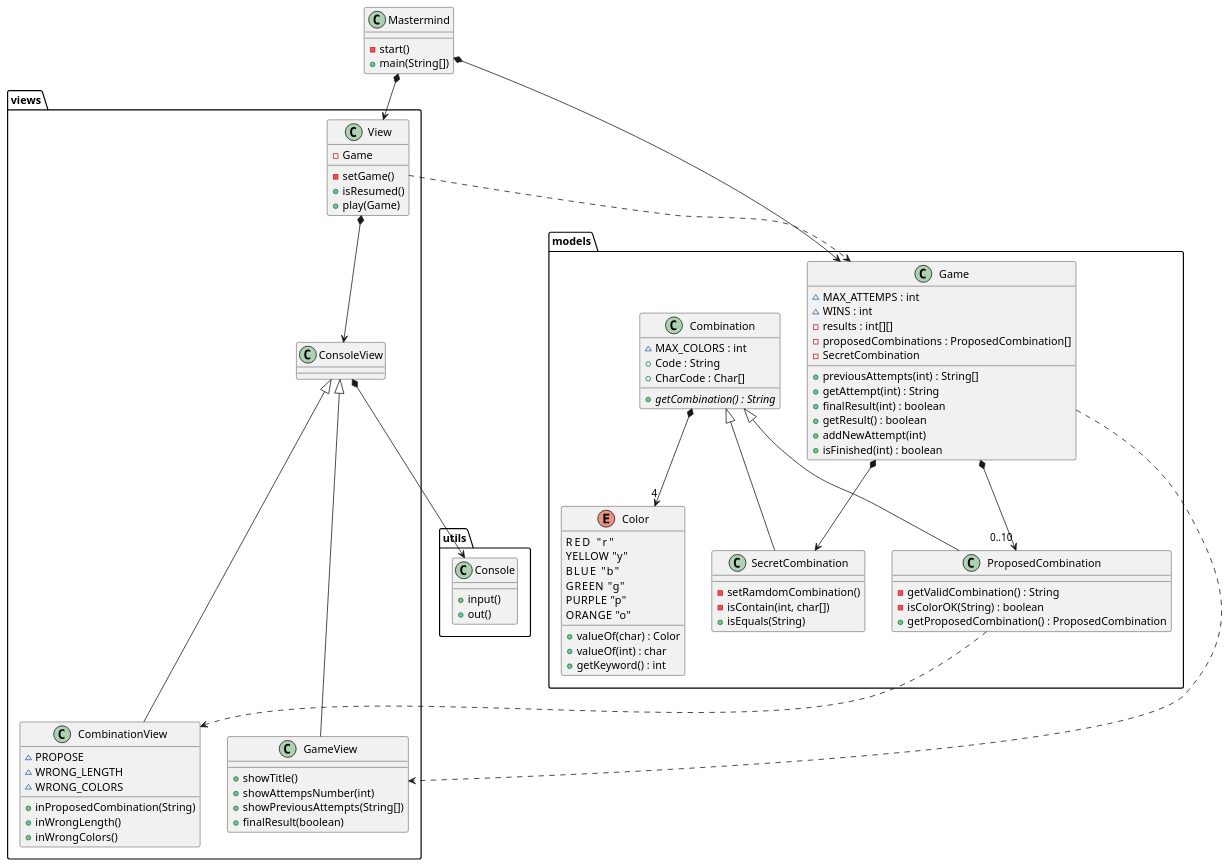
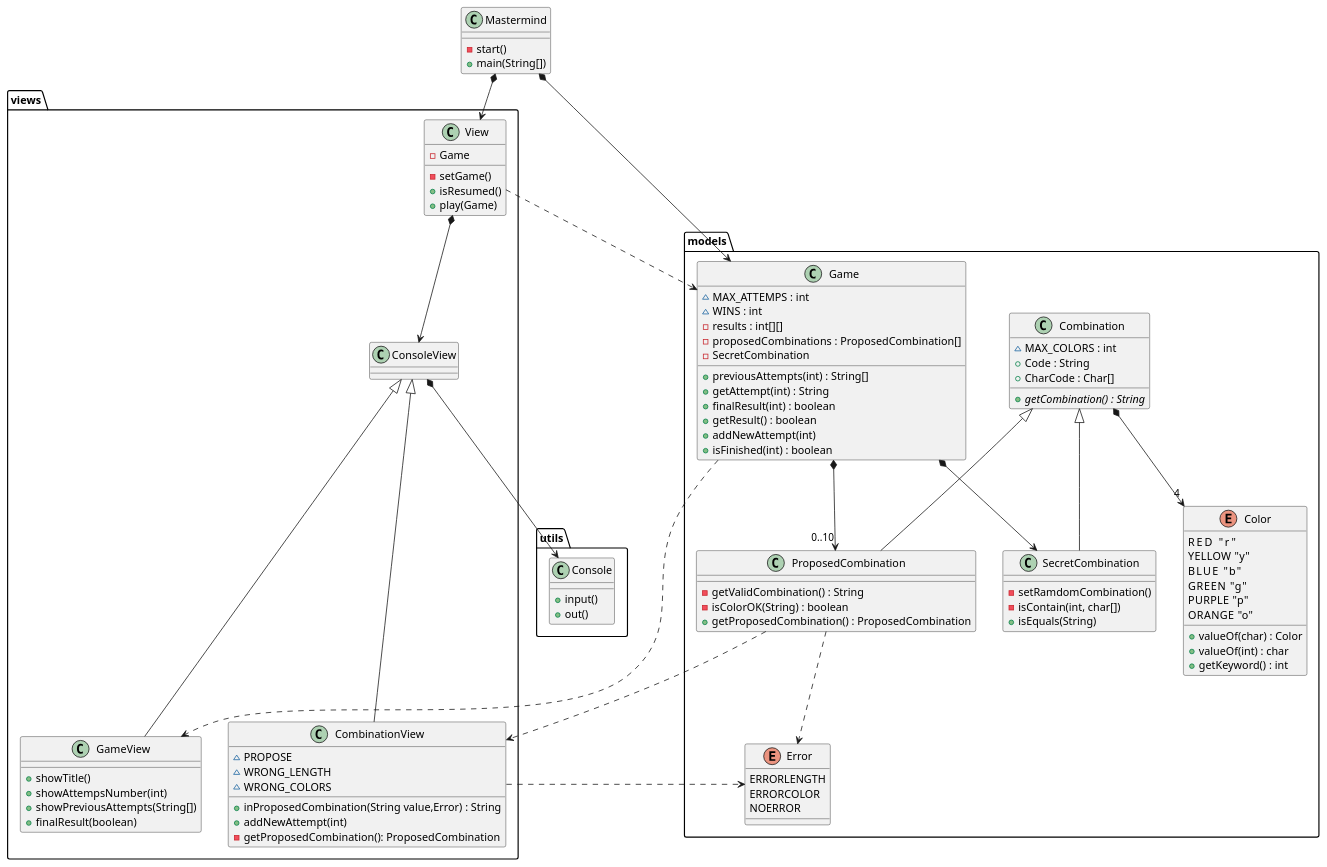
The diagram in Mastermind/Mastermind.wsd (Master-Desarrollo-20-21/diseno-oo-ejercicio2-mastermind-document-view-kiarras), drawn with PlantUML before and after one commit. The commit also changed 2 other files, not shown here.

Commit message:
Revision uml

```diff
--- a/Mastermind/Mastermind.wsd
+++ b/Mastermind/Mastermind.wsd
@@ -1,94 +1,101 @@
 @startuml Mastermind
 class Mastermind{
   - start()
   + main(String[])
 }
 package models {
     class Game{
         ~ MAX_ATTEMPS : int
         ~ WINS : int
         - results : int[][]
         - proposedCombinations : ProposedCombination[]
         - SecretCombination
 
         + previousAttempts(int) : String[]
         + getAttempt(int) : String
         + finalResult(int) : boolean
         + getResult() : boolean
         + addNewAttempt(int)
         + isFinished(int) : boolean
     }
 
     class Combination{
         ~ MAX_COLORS : int
         + Code : String
         + CharCode : Char[]
         {abstract} + getCombination() : String
     }
     enum Color{
         RED     "r"
         YELLOW  "y"
         BLUE    "b"
         GREEN   "g"
         PURPLE  "p"
         ORANGE  "o"
         + valueOf(char) : Color
         + valueOf(int) : char
         + getKeyword() : int
     }
 
     Class SecretCombination{
         - setRamdomCombination()
         - isContain(int, char[])
         + isEquals(String)
     }
     Class ProposedCombination{
         - getValidCombination() : String
         - isColorOK(String) : boolean
         + getProposedCombination() : ProposedCombination
     }
+    enum Error{
+        ERRORLENGTH
+        ERRORCOLOR
+        NOERROR
+    }
     Game *--> SecretCombination
     Game *--> "0..10" ProposedCombination
     Combination *--> "4" Color
     Combination <|-- SecretCombination
     Combination <|-- ProposedCombination
 }
 package views{
     View *--> ConsoleView
     ConsoleView <|--- GameView
     ConsoleView <|--- CombinationView
 
     Class View{
         - Game
         - setGame()
         + isResumed()
         + play(Game)
     }
     Class GameView{
     + showTitle()
     + showAttempsNumber(int)
     + showPreviousAttempts(String[])
     + finalResult(boolean)
     }
     Class CombinationView{
     ~ PROPOSE
     ~ WRONG_LENGTH
     ~ WRONG_COLORS
-    + inProposedCombination(String)
-    + inWrongLength()
-    + inWrongColors()
+    + inProposedCombination(String value,Error) : String
+    + addNewAttempt(int)
+    - getProposedCombination(): ProposedCombination 
     }
 }
 package utils {
     Class Console{
     + input()
     + out()
     }
 }
 Mastermind *--> Game
 Game ...> GameView
 Mastermind *--> View
 View ...> Game
 ConsoleView *--> Console
 ProposedCombination ...> CombinationView
+CombinationView ...> Error
+ProposedCombination..> Error
 @enduml
```
